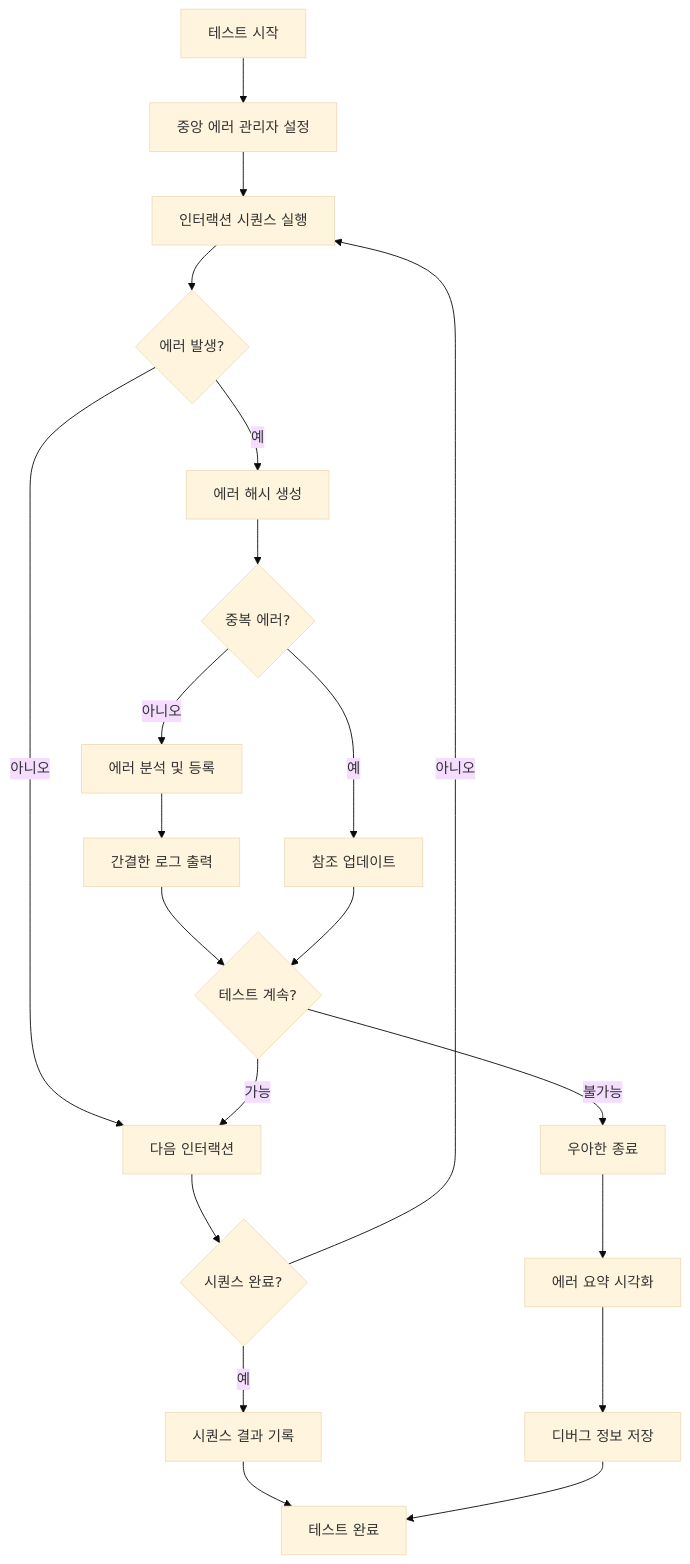
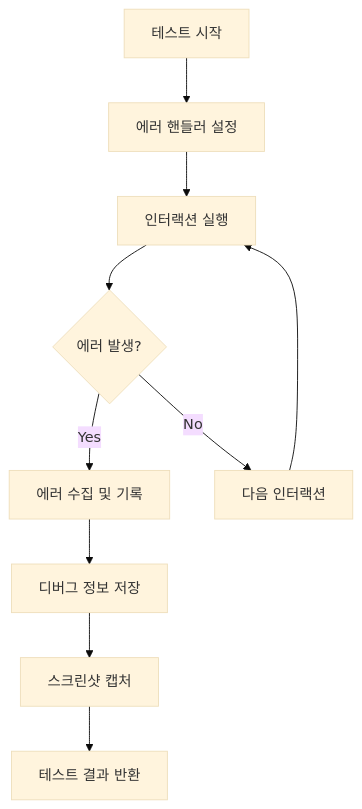
One commit to YahngSungho/Monorepo changed the first of 3 diagrams in storybook/e2e/universal-testers.error-log.md. Above: the diagram before and after it, drawn with Mermaid (base theme). The commit also changed other lines of this file and 3 other files, not shown here.

````diff
--- a/storybook/e2e/universal-testers.error-log.md
+++ b/storybook/e2e/universal-testers.error-log.md
@@ -357,29 +11,12 @@
 ```mermaid
 flowchart TD
-    A[테스트 시작] --> B[중앙 에러 관리자 설정]
-    B --> C[인터랙션 시퀀스 실행]
-
+    A[테스트 시작] --> B[에러 핸들러 설정]
+    B --> C[인터랙션 실행]
     C --> D{에러 발생?}
-    D -->|아니오| E[다음 인터랙션]
-    D -->|예| F[에러 해시 생성]
-
-    F --> G{중복 에러?}
-    G -->|예| H[참조 업데이트]
-    G -->|아니오| I[에러 분석 및 등록]
-
-    I --> J[간결한 로그 출력]
-    J --> K{테스트 계속?}
-    K -->|가능| E
-    K -->|불가능| L[우아한 종료]
-
-    E --> M{시퀀스 완료?}
-    M -->|아니오| C
-    M -->|예| N[시퀀스 결과 기록]
-
-    H --> K
-    L --> O[에러 요약 시각화]
-    N --> P[테스트 완료]
-
-    O --> Q[디버그 정보 저장]
-    Q --> P
+    D -->|Yes| E[에러 수집 및 기록]
+    E --> F[디버그 정보 저장]
+    F --> G[스크린샷 캡처]
+    D -->|No| H[다음 인터랙션]
+    H --> C
+    G --> I[테스트 결과 반환]
 ```
````
